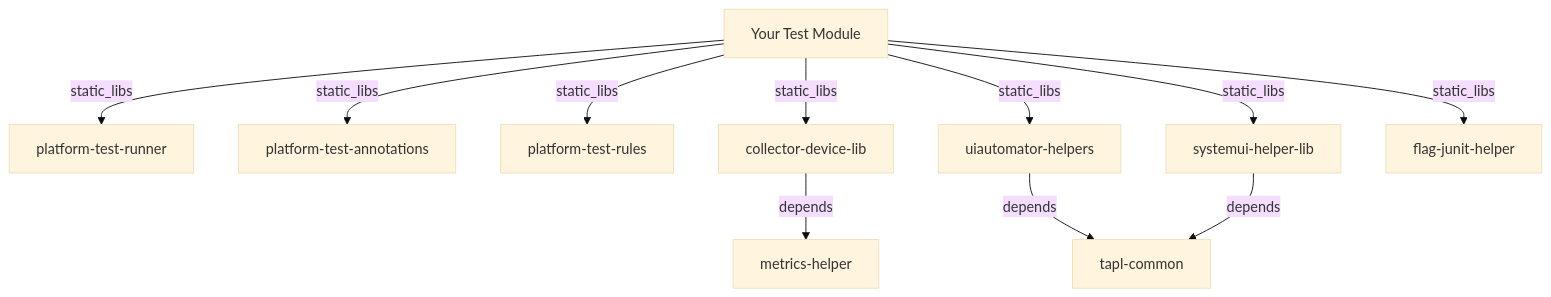
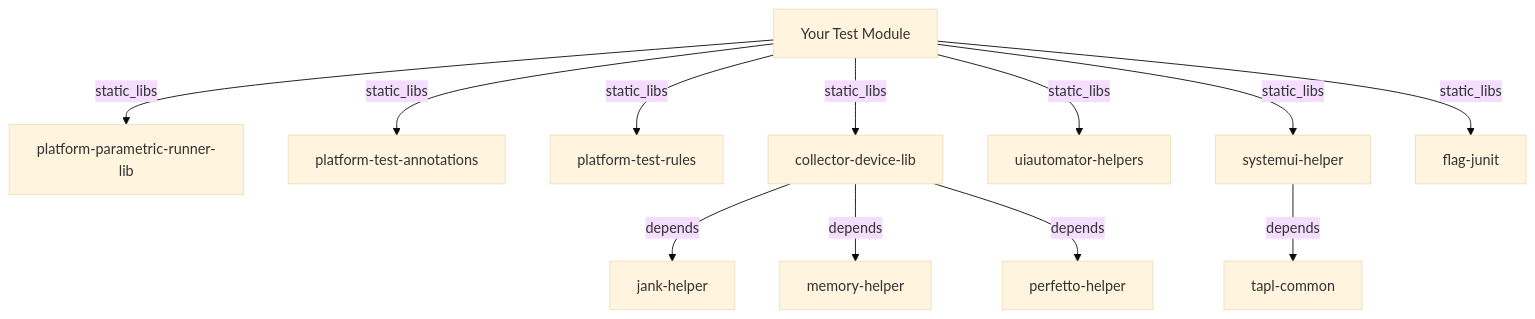
Diagram 24 of 29 in 57-testing.md (aospbooks/aosp-internal-book), drawn with Mermaid (base theme) before and after one commit. The commit also changed other lines of this file and 218 other files, not shown here.

````diff
--- a/57-testing.md
+++ b/57-testing.md
@@ -4722,14 +4772,15 @@
 ```mermaid
 graph TB
     Test["Your Test Module"]
-    Test --> |"static_libs"| Runner["platform-test-runner"]
+    Test --> |"static_libs"| Runner["platform-parametric-runner-lib"]
     Test --> |"static_libs"| Annotations["platform-test-annotations"]
     Test --> |"static_libs"| Rules["platform-test-rules"]
     Test --> |"static_libs"| Collectors["collector-device-lib"]
     Test --> |"static_libs"| UIA["uiautomator-helpers"]
-    Test --> |"static_libs"| SysUI["systemui-helper-lib"]
-    Test --> |"static_libs"| Flags["flag-junit-helper"]
-    Collectors --> |"depends"| Metrics["metrics-helper"]
-    UIA --> |"depends"| TaplCommon["tapl-common"]
-    SysUI --> |"depends"| TaplCommon
+    Test --> |"static_libs"| SysUI["systemui-helper"]
+    Test --> |"static_libs"| Flags["flag-junit"]
+    Collectors --> |"depends"| Jank["jank-helper"]
+    Collectors --> |"depends"| Memory["memory-helper"]
+    Collectors --> |"depends"| Perfetto["perfetto-helper"]
+    SysUI --> |"depends"| TaplCommon["tapl-common"]
 ```
````
